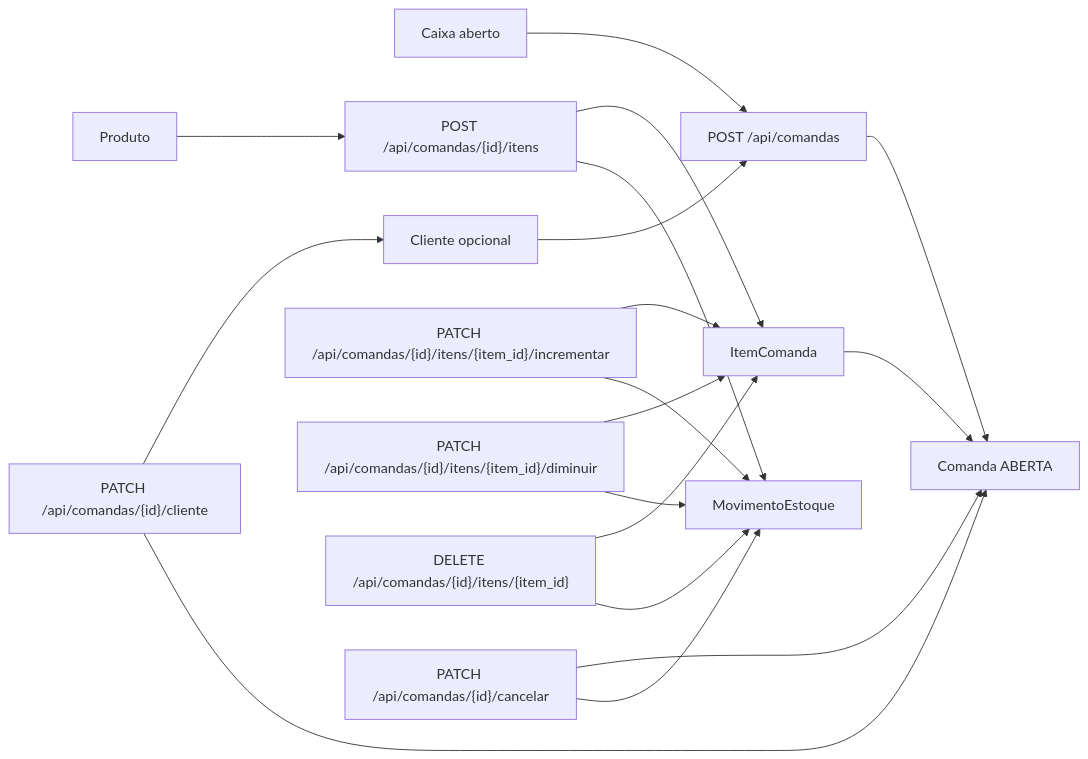
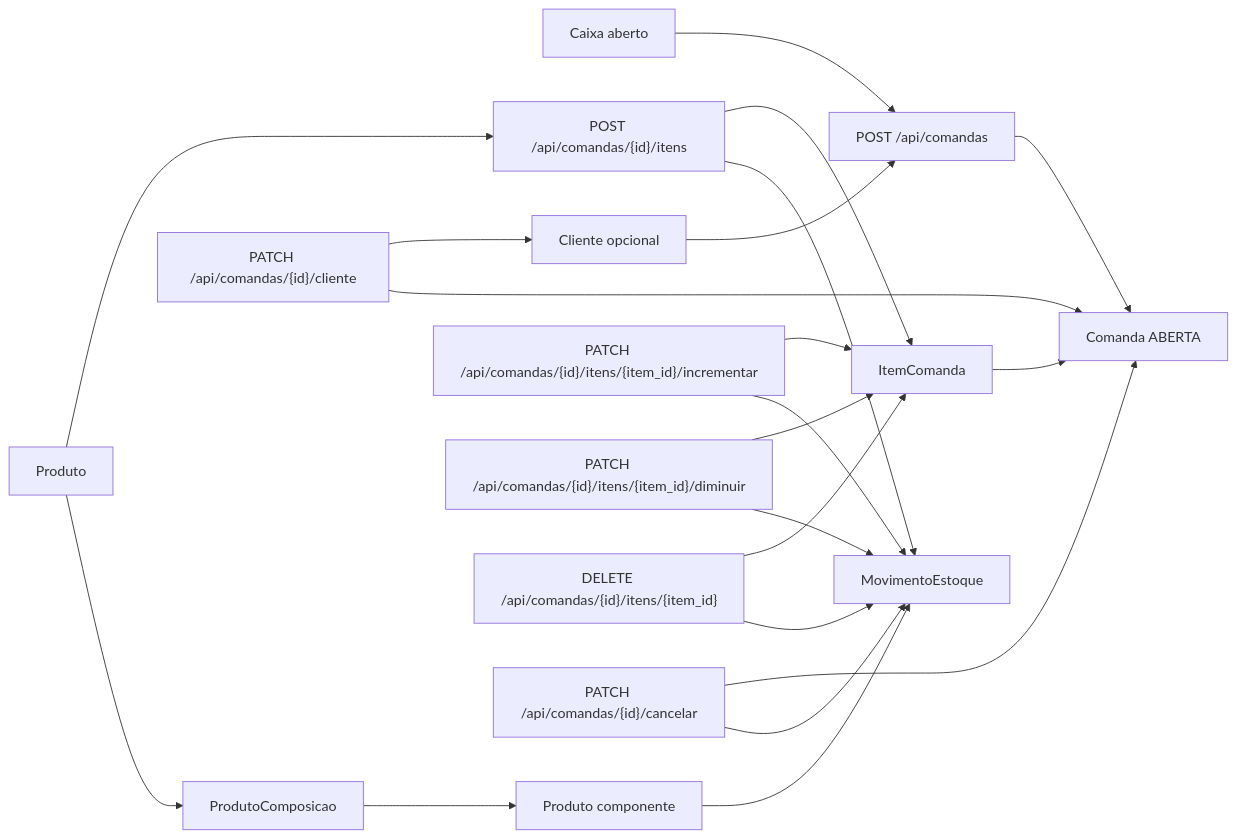
The diagram in docs/diagrams/modules/comandas.md (OtavioProcopio/area-verde), drawn with Mermaid before and after one commit. The commit also changed other lines of this file and 28 other files, not shown here.

````diff
--- a/docs/diagrams/modules/comandas.md
+++ b/docs/diagrams/modules/comandas.md
@@ -12,35 +12,40 @@
 ```mermaid
 flowchart LR
     Caixa[Caixa aberto]
     Cliente[Cliente opcional]
     Comanda[Comanda ABERTA]
     Item[ItemComanda]
     Produto[Produto]
+    Composicao[ProdutoComposicao]
+    Componente[Produto componente]
     Movimento[MovimentoEstoque]
 
     Criar["POST /api/comandas"]
     Vincular["PATCH /api/comandas/{id}/cliente"]
     Adicionar["POST /api/comandas/{id}/itens"]
     Incrementar["PATCH /api/comandas/{id}/itens/{item_id}/incrementar"]
     Diminuir["PATCH /api/comandas/{id}/itens/{item_id}/diminuir"]
     Remover["DELETE /api/comandas/{id}/itens/{item_id}"]
     Cancelar["PATCH /api/comandas/{id}/cancelar"]
 
     Caixa --> Criar
     Cliente --> Criar
     Criar --> Comanda
     Vincular --> Cliente
     Vincular --> Comanda
     Produto --> Adicionar
+    Produto --> Composicao
+    Composicao --> Componente
     Adicionar --> Item
     Incrementar --> Item
     Diminuir --> Item
     Remover --> Item
     Cancelar --> Comanda
     Item --> Comanda
     Adicionar --> Movimento
     Incrementar --> Movimento
     Diminuir --> Movimento
     Remover --> Movimento
     Cancelar --> Movimento
+    Componente --> Movimento
 ```
````
